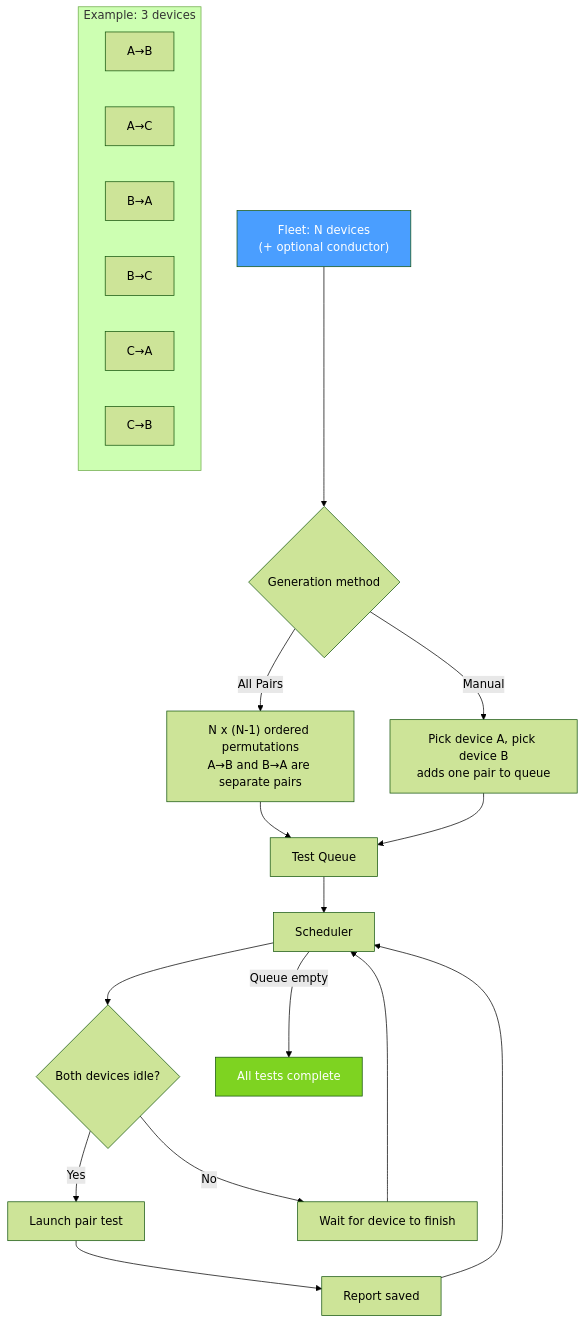
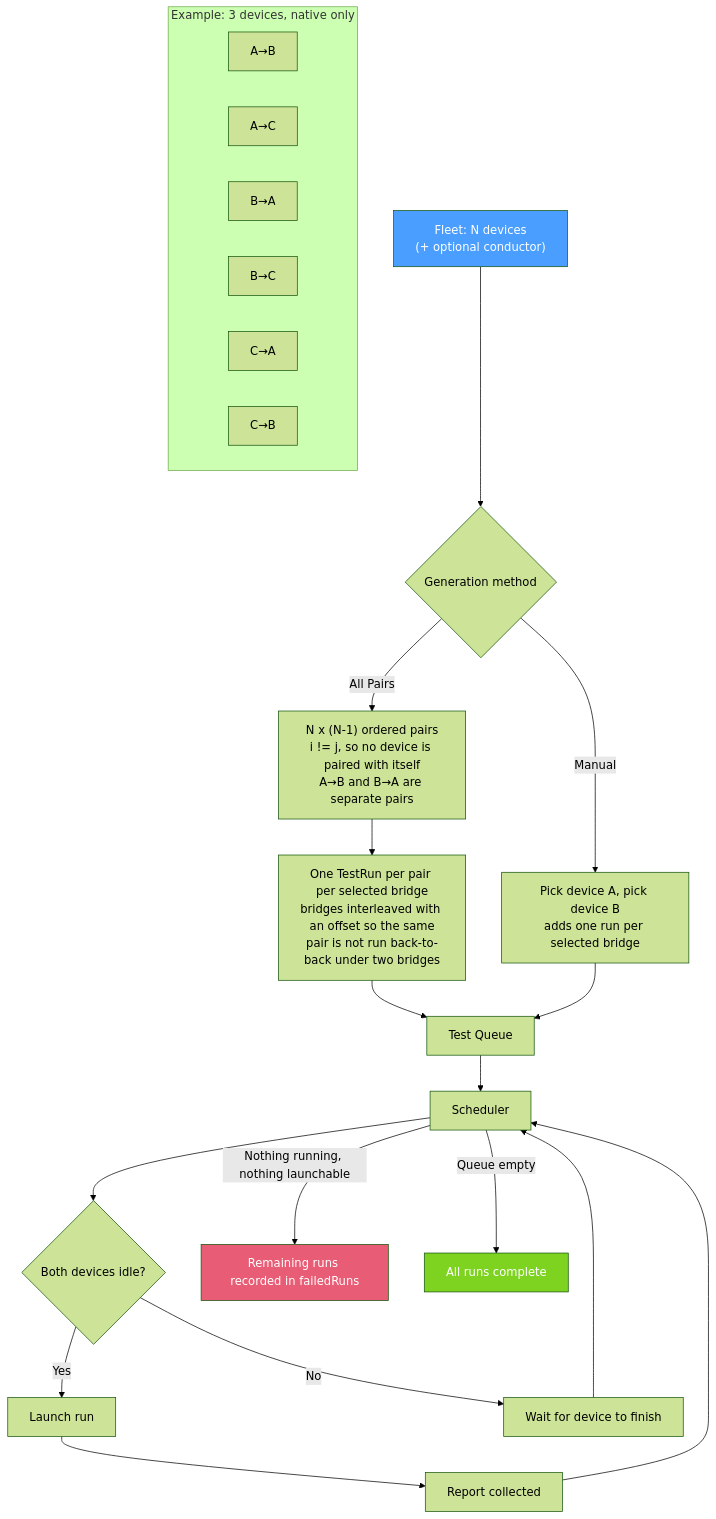
The seventh of 11 diagrams in docs/current_architecture.md (chrlyons/iPadDx), drawn with Mermaid (forest theme) before and after one commit. The commit also changed other lines of this file and 61 other files, not shown here.

First line of the commit message:
Fix measurement integrity: report only what was actually measured (#2)

````diff
--- a/docs/current_architecture.md
+++ b/docs/current_architecture.md
@@ -237,32 +303,35 @@
 ```mermaid
 flowchart TD
     Fleet["Fleet: N devices<br/>(+ optional conductor)"] --> Gen{Generation method}
 
-    Gen -->|"All Pairs"| AllPairs["N x (N-1) ordered permutations<br/>A→B and B→A are separate pairs"]
-    Gen -->|"Manual"| Manual["Pick device A, pick device B<br/>adds one pair to queue"]
+    Gen -->|"All Pairs"| AllPairs["N x (N-1) ordered pairs<br/>i != j, so no device is paired with itself<br/>A→B and B→A are separate pairs"]
+    Gen -->|"Manual"| Manual["Pick device A, pick device B<br/>adds one run per selected bridge"]
 
-    AllPairs --> Queue[Test Queue]
+    AllPairs --> Bridges["One TestRun per pair per selected bridge<br/>bridges interleaved with an offset so the same<br/>pair is not run back-to-back under two bridges"]
+    Bridges --> Queue[Test Queue]
     Manual --> Queue
 
     Queue --> Sched[Scheduler]
     Sched --> Check{Both devices idle?}
-    Check -->|Yes| Launch[Launch pair test]
+    Check -->|Yes| Launch[Launch run]
     Check -->|No| Wait[Wait for device to finish]
     Wait --> Sched
 
-    Launch --> Complete[Report saved]
+    Launch --> Complete[Report collected]
     Complete --> Sched
-    Sched -->|Queue empty| Done[All tests complete]
+    Sched -->|"Nothing running, nothing launchable"| Unrunnable["Remaining runs recorded in failedRuns"]
+    Sched -->|Queue empty| Done[All runs complete]
 
-    subgraph "Example: 3 devices"
+    subgraph "Example: 3 devices, native only"
         E1["A→B"]
         E2["A→C"]
         E3["B→A"]
         E4["B→C"]
         E5["C→A"]
         E6["C→B"]
     end
 
     style Fleet fill:#4a9eff,color:#fff
     style Done fill:#7ed321,color:#fff
+    style Unrunnable fill:#e85d75,color:#fff
 ```
````
